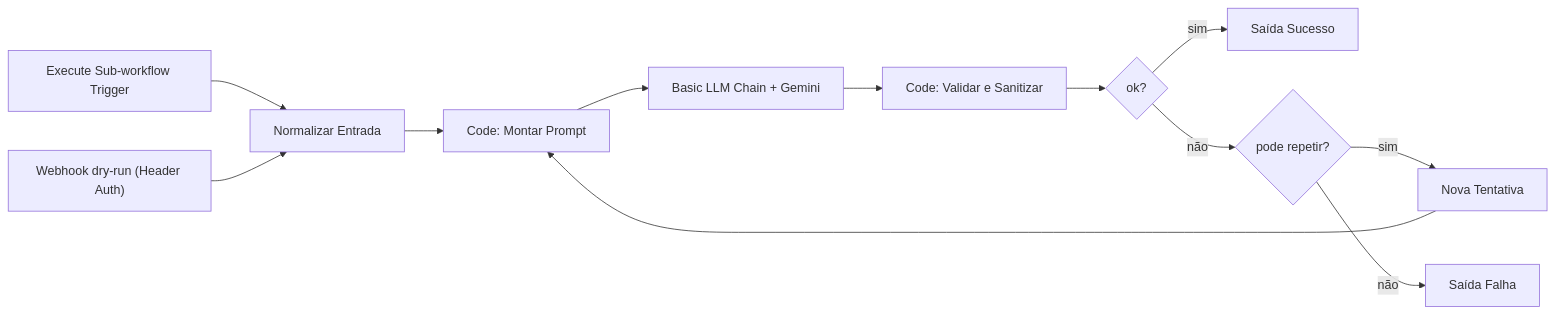
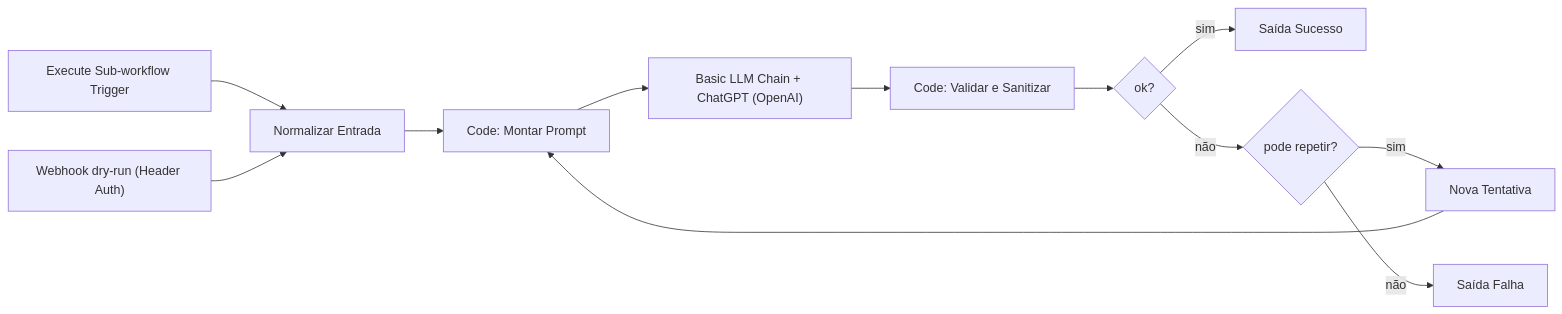
The first of 2 diagrams in README.md (zastrich/graduacao-13-desenvolvimento-de-aplicacoes-e-automacoes-com-low-code), drawn with Mermaid before and after one commit. The commit also changed other lines of this file, not shown here.

Commit message:
Corrige README: LLM usada e o ChatGPT (OpenAI), nao o Gemini

````diff
--- a/README.md
+++ b/README.md
@@ -34,13 +34,13 @@
 ```mermaid
 flowchart LR
   T1["Execute Sub-workflow Trigger"] --> N["Normalizar Entrada"]
   T2["Webhook dry-run (Header Auth)"] --> N
   N --> MP["Code: Montar Prompt"]
-  MP --> LLM["Basic LLM Chain + Gemini"]
+  MP --> LLM["Basic LLM Chain + ChatGPT (OpenAI)"]
   LLM --> V["Code: Validar e Sanitizar"]
   V --> OK{"ok?"}
   OK -- sim --> S1["Saída Sucesso"]
   OK -- não --> TT{"pode repetir?"}
   TT -- sim --> R["Nova Tentativa"] --> MP
   TT -- não --> S2["Saída Falha"]
 ```
````
